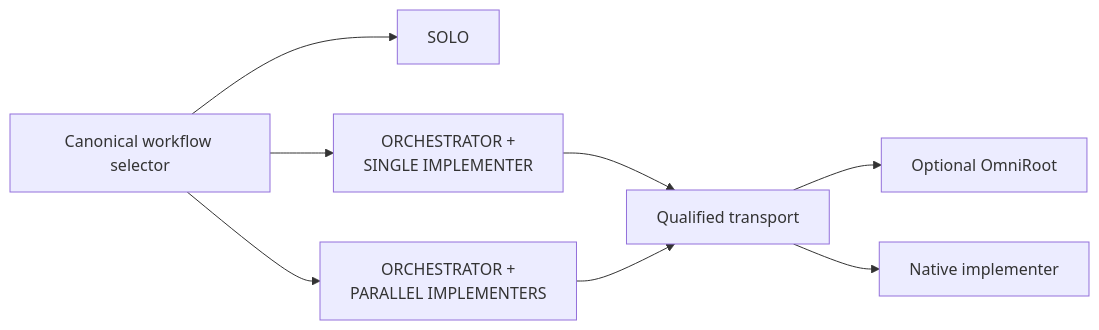
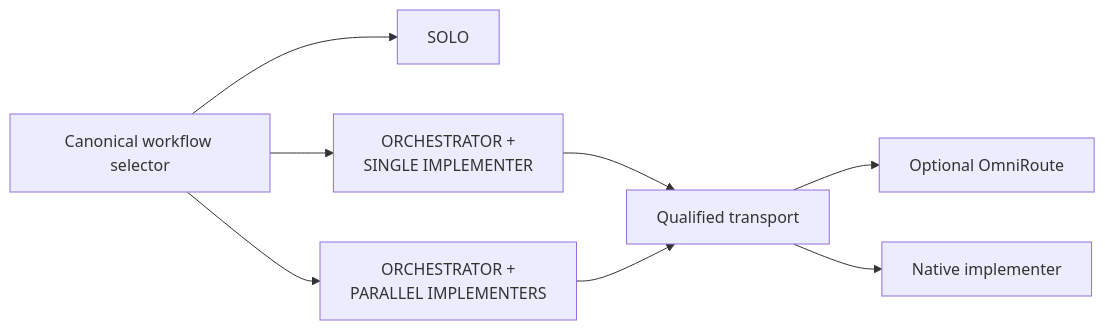
The third of 4 diagrams in .agents/skills/README.md (ShaftHQ/SHAFT_ENGINE), drawn with Mermaid before and after one commit. The commit also changed other lines of this file and 25 other files, not shown here.

````diff
--- a/.agents/skills/README.md
+++ b/.agents/skills/README.md
@@ -75,10 +75,10 @@
 ```mermaid
 flowchart LR
     W["Canonical workflow selector"] --> S["SOLO"]
     W --> O1["ORCHESTRATOR +<br/>SINGLE IMPLEMENTER"]
     W --> OP["ORCHESTRATOR +<br/>PARALLEL IMPLEMENTERS"]
     O1 --> T["Qualified transport"]
     OP --> T
-    T --> OR["Optional OmniRoot"]
+    T --> OR["Optional OmniRoute"]
     T --> N["Native implementer"]
 ```
````
